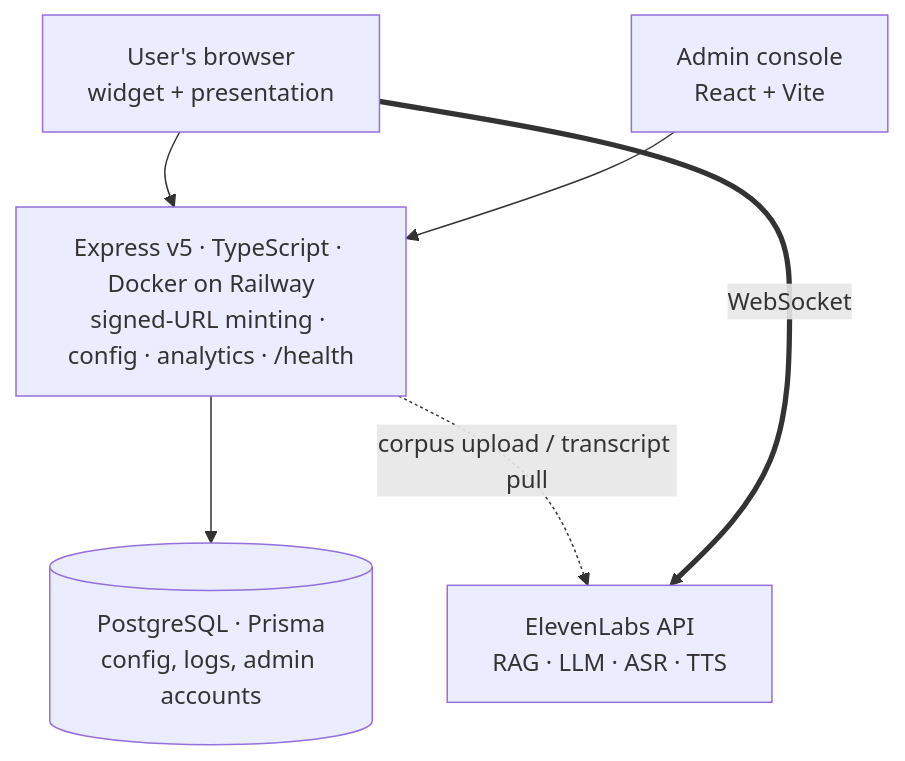
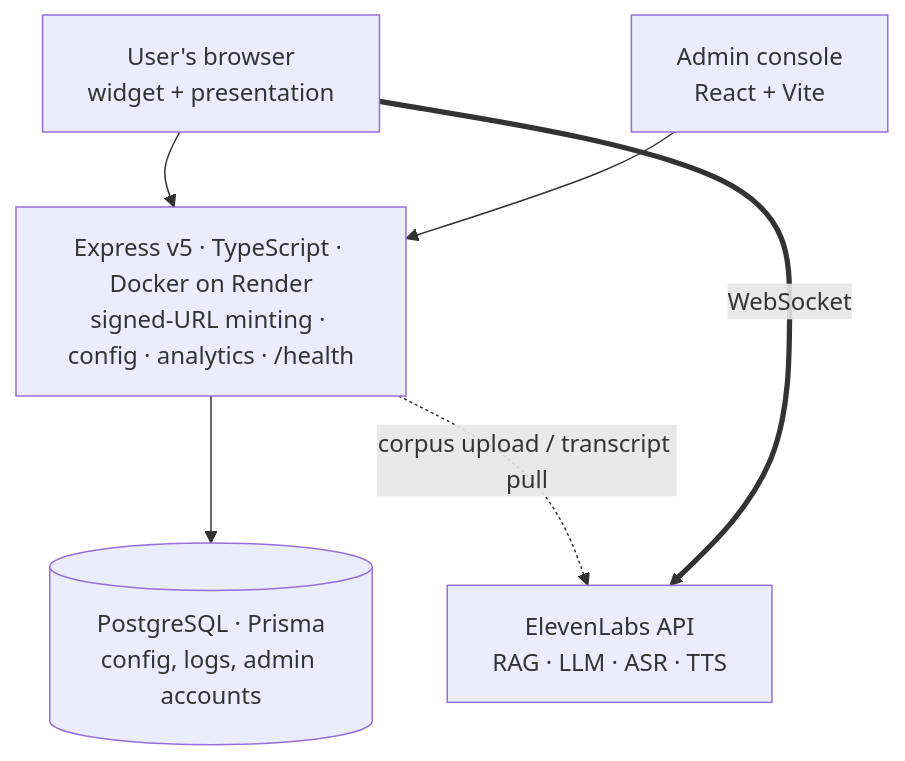
One commit to philipkimani/bonga-nami changed the second of 2 diagrams in README.md. Above: the diagram before and after it, drawn with Mermaid. The commit also changed other lines of this file and 9 other files, not shown here.

````diff
--- a/README.md
+++ b/README.md
@@ -132,9 +135,9 @@
 ```mermaid
 flowchart TB
     G["User's browser<br/>widget + presentation"] --> S
     A["Admin console<br/>React + Vite"] --> S
-    S["Express v5 · TypeScript · Docker on Railway<br/>signed-URL minting · config · analytics · /health"]
+    S["Express v5 · TypeScript · Docker on Render<br/>signed-URL minting · config · analytics · /health"]
     S --> D[("PostgreSQL · Prisma<br/>config, logs, admin accounts")]
     S -.corpus upload / transcript pull.-> E["ElevenLabs API<br/>RAG · LLM · ASR · TTS"]
     G ==WebSocket==> E
 ```
````
